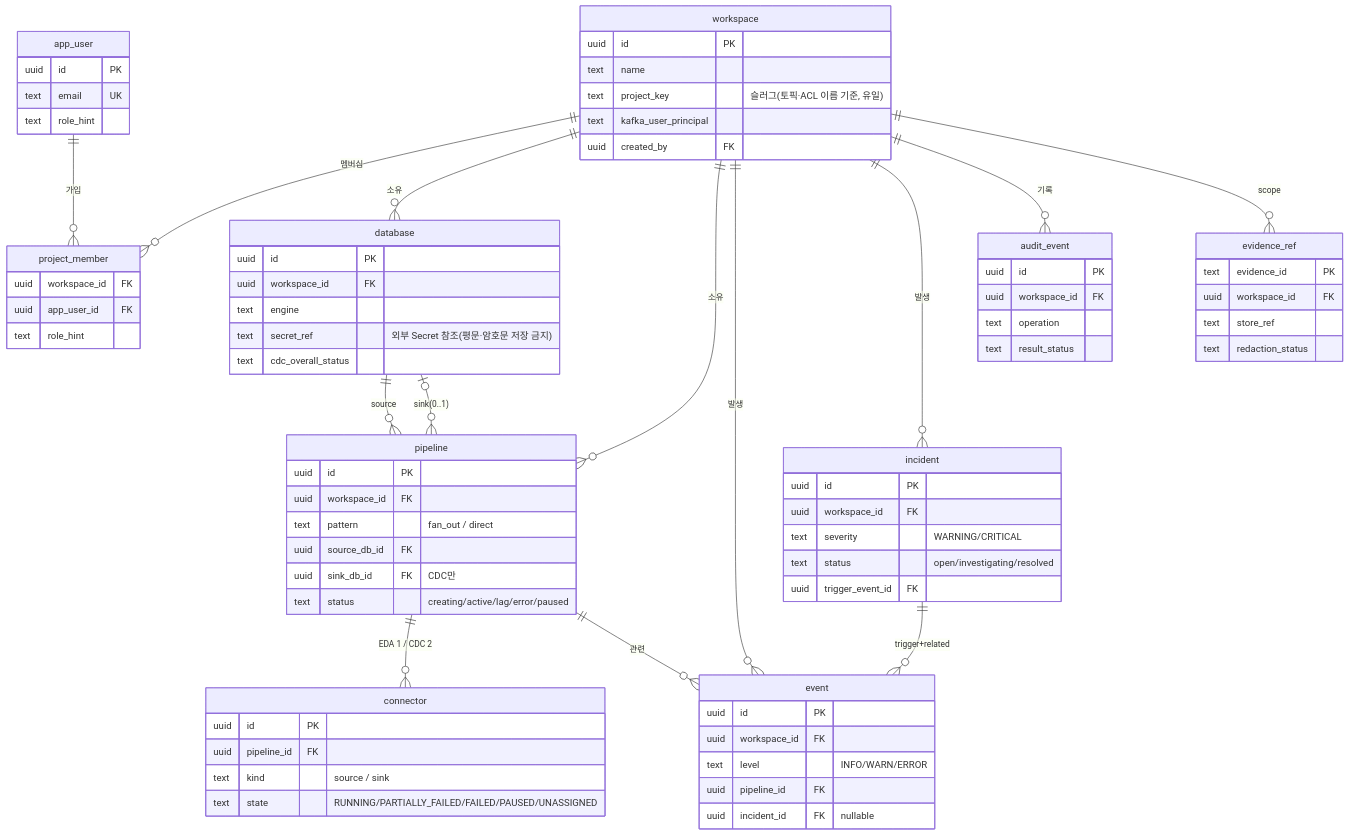
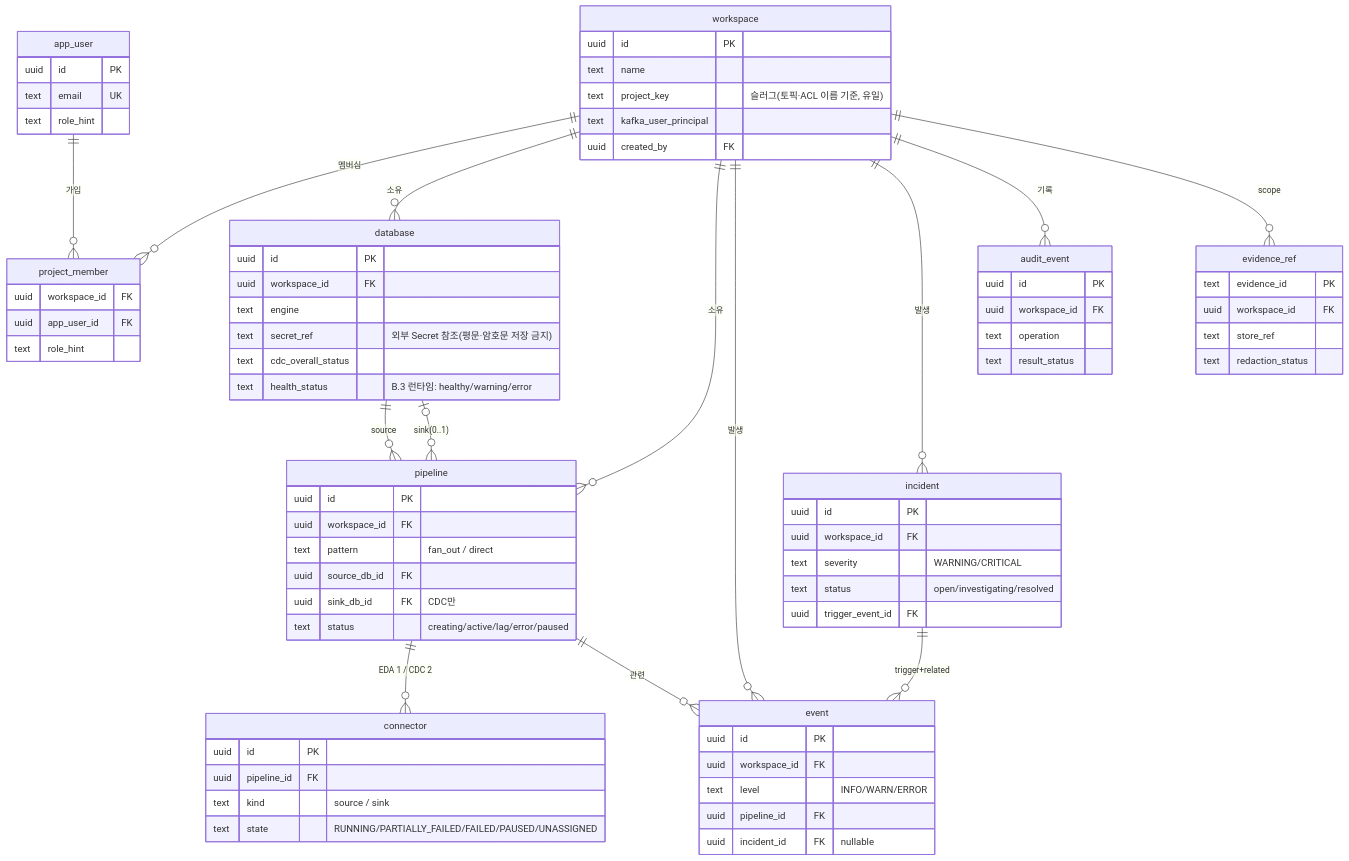
One commit to cloud-team2/bifrost changed the diagram in docs/design/backend-springboot/data-model.md. Above: the diagram before and after it, drawn with Mermaid. The commit also changed other lines of this file and 4 other files, not shown here.

````diff
--- a/docs/design/backend-springboot/data-model.md
+++ b/docs/design/backend-springboot/data-model.md
@@ -17,81 +17,82 @@
 ```mermaid
 erDiagram
     app_user        ||--o{ project_member : "가입"
     workspace       ||--o{ project_member : "멤버십"
     workspace       ||--o{ database       : "소유"
     workspace       ||--o{ pipeline        : "소유"
     workspace       ||--o{ event           : "발생"
     workspace       ||--o{ incident        : "발생"
     workspace       ||--o{ audit_event     : "기록"
     workspace       ||--o{ evidence_ref    : "scope"
     database        ||--o{ pipeline        : "source"
     database        |o--o{ pipeline        : "sink(0..1)"
     pipeline        ||--o{ connector       : "EDA 1 / CDC 2"
     pipeline        ||--o{ event           : "관련"
     incident        ||--o{ event           : "trigger+related"
 
     workspace {
         uuid   id PK
         text   name
         text   project_key "슬러그(토픽·ACL 이름 기준, 유일)"
         text   kafka_user_principal
         uuid   created_by FK
     }
     app_user {
         uuid id PK
         text email UK
         text role_hint
     }
     project_member {
         uuid workspace_id FK
         uuid app_user_id FK
         text role_hint
     }
     database {
         uuid id PK
         uuid workspace_id FK
         text engine
         text secret_ref "외부 Secret 참조(평문·암호문 저장 금지)"
         text cdc_overall_status
+        text health_status "B.3 런타임: healthy/warning/error"
     }
     pipeline {
         uuid id PK
         uuid workspace_id FK
         text pattern "fan_out / direct"
         uuid source_db_id FK
         uuid sink_db_id FK "CDC만"
         text status "creating/active/lag/error/paused"
     }
     connector {
         uuid id PK
         uuid pipeline_id FK
         text kind "source / sink"
         text state "RUNNING/PARTIALLY_FAILED/FAILED/PAUSED/UNASSIGNED"
     }
     event {
         uuid id PK
         uuid workspace_id FK
         text level "INFO/WARN/ERROR"
         uuid pipeline_id FK
         uuid incident_id FK "nullable"
     }
     incident {
         uuid id PK
         uuid workspace_id FK
         text severity "WARNING/CRITICAL"
         text status "open/investigating/resolved"
         uuid trigger_event_id FK
     }
     audit_event {
         uuid id PK
         uuid workspace_id FK
         text operation
         text result_status
     }
     evidence_ref {
         text evidence_id PK
         uuid workspace_id FK
         text store_ref
         text redaction_status
     }
 ```
````
